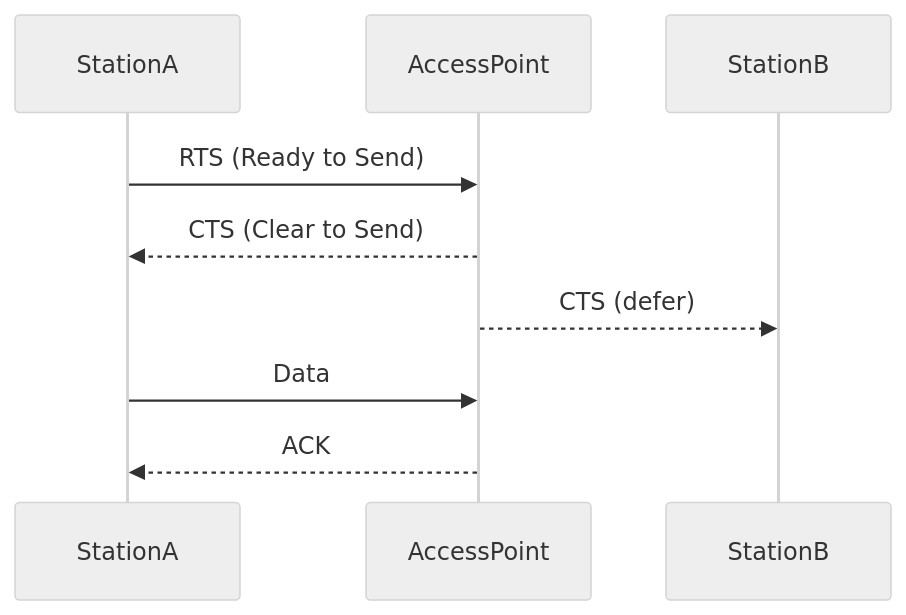
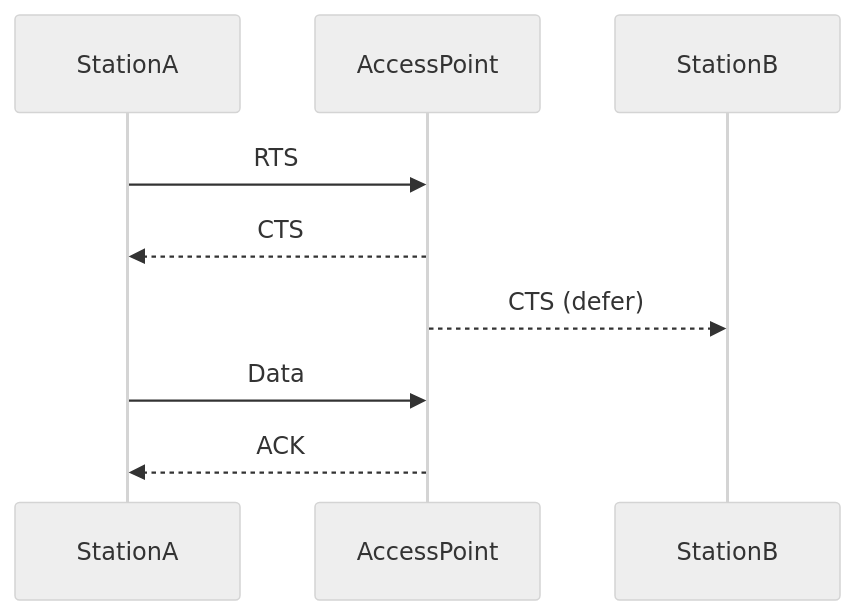
The tenth of 10 diagrams in Computer Network/Ch 04 - Data Link Layer.md (manishkumar8312/CS-Fundamentals), drawn with Mermaid (neutral theme) before and after one commit. The commit also changed other lines of this file, not shown here.

````diff
--- a/Computer Network/Ch 04 - Data Link Layer.md
+++ b/Computer Network/Ch 04 - Data Link Layer.md
@@ -172,11 +241,11 @@
 ```mermaid
 sequenceDiagram
     participant StationA
     participant AccessPoint
     participant StationB
-    StationA->>AccessPoint: RTS (Ready to Send)
-    AccessPoint-->>StationA: CTS (Clear to Send)
+    StationA->>AccessPoint: RTS
+    AccessPoint-->>StationA: CTS
     AccessPoint-->>StationB: CTS (defer)
     StationA->>AccessPoint: Data
     AccessPoint-->>StationA: ACK
 ```
````
